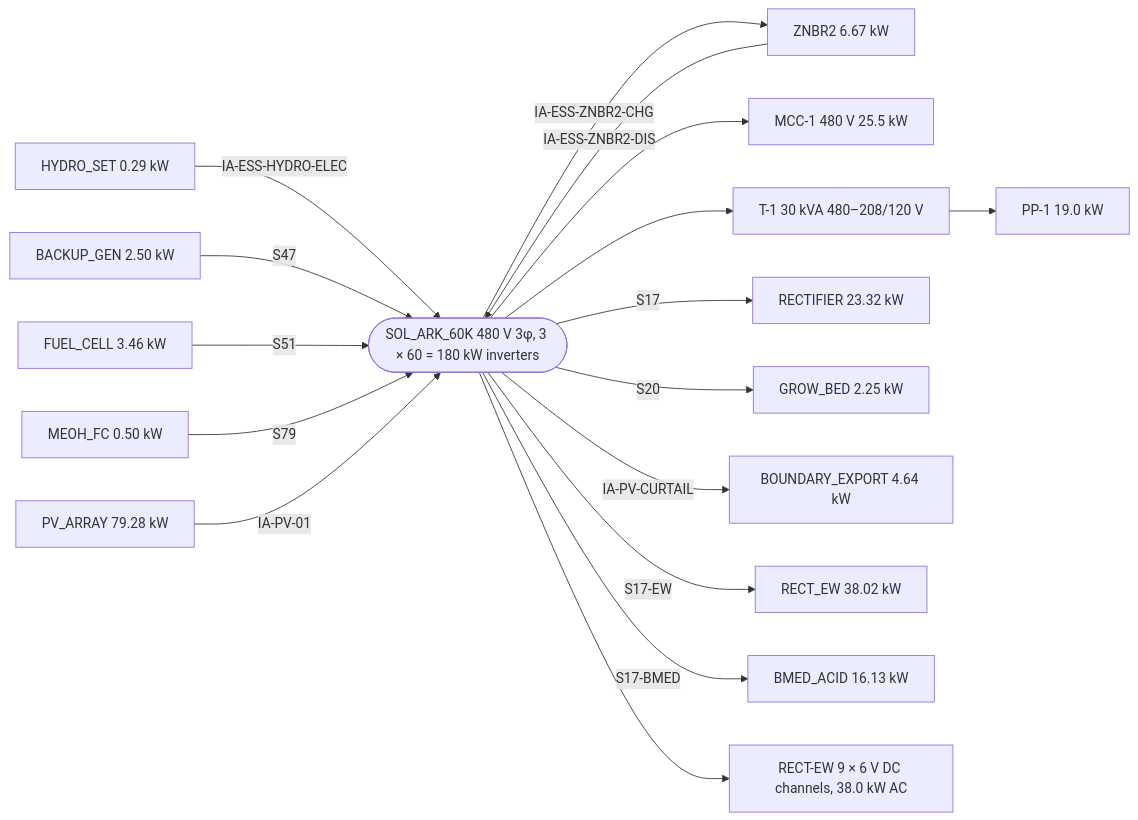
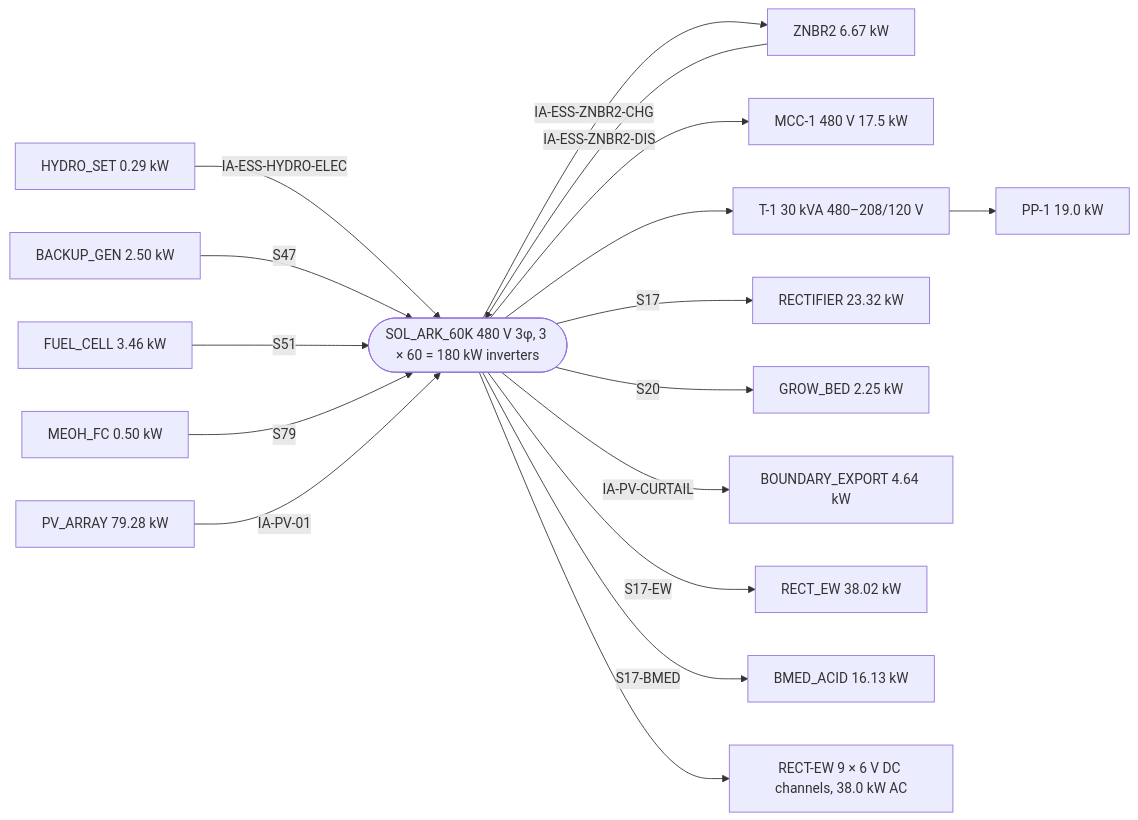
Before and after one commit to egofree/Aqueous_Solutions: the diagram in docs-authority/ONE_LINE.md, drawn with Mermaid. The commit also changed other lines of this file and 12 other files, not shown here.

````diff
--- a/docs-authority/ONE_LINE.md
+++ b/docs-authority/ONE_LINE.md
@@ -13,20 +13,20 @@
 ```mermaid
 flowchart LR
 
   HYDRO_SET["HYDRO_SET 0.29 kW"] -->|IA-ESS-HYDRO-ELEC| BUS
   ZNBR2["ZNBR2 5.00 kW"] -->|IA-ESS-ZNBR2-DIS| BUS
   BACKUP_GEN["BACKUP_GEN 2.50 kW"] -->|S47| BUS
   FUEL_CELL["FUEL_CELL 3.46 kW"] -->|S51| BUS
   MEOH_FC["MEOH_FC 0.50 kW"] -->|S79| BUS
   PV_ARRAY["PV_ARRAY 79.28 kW"] -->|IA-PV-01| BUS
   BUS(["SOL_ARK_60K 480 V 3φ, 3 × 60 = 180 kW inverters"])
-  BUS --> MCC["MCC-1 480 V 25.5 kW"]
+  BUS --> MCC["MCC-1 480 V 17.5 kW"]
   BUS --> XF["T-1 30 kVA 480–208/120 V"] --> PP["PP-1 19.0 kW"]
   BUS -->|IA-ESS-ZNBR2-CHG| ZNBR2["ZNBR2 6.67 kW"]
   BUS -->|S17| RECTIFIER["RECTIFIER 23.32 kW"]
   BUS -->|S20| GROW_BED["GROW_BED 2.25 kW"]
   BUS -->|IA-PV-CURTAIL| BOUNDARY_EXPORT["BOUNDARY_EXPORT 4.64 kW"]
   BUS -->|S17-EW| RECT_EW["RECT_EW 38.02 kW"]
   BUS -->|S17-BMED| BMED_ACID["BMED_ACID 16.13 kW"]
   BUS --> RECTEW["RECT-EW 9 × 6 V DC channels, 38.0 kW AC"]
 ```
````
